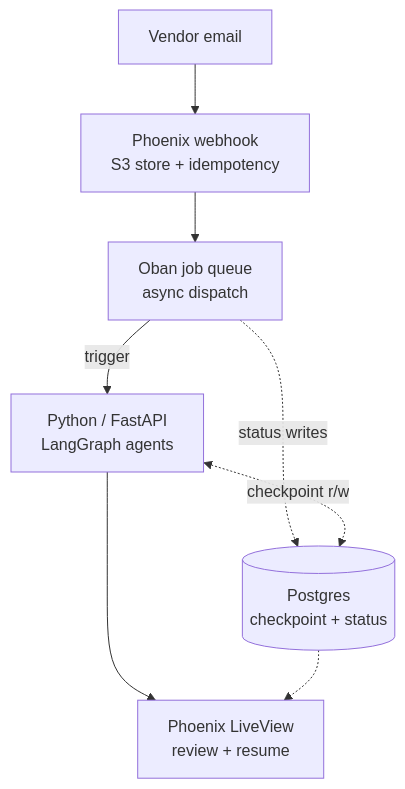
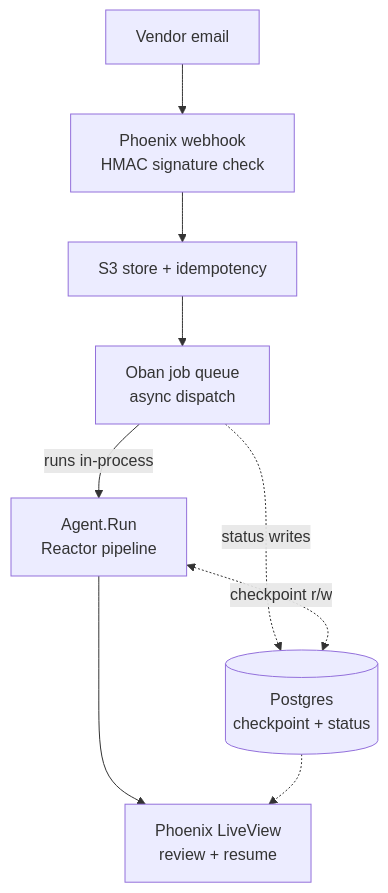
The first of 3 diagrams in README.md (divijjain/vendor_onboarding), drawn with Mermaid before and after one commit. The commit also changed other lines of this file and 226 other files, not shown here.

````diff
--- a/README.md
+++ b/README.md
@@ -15,10 +18,11 @@
 ```mermaid
 flowchart TD
-    A[Vendor email] --> B[Phoenix webhook<br/>S3 store + idempotency]
+    A[Vendor email] --> W[Phoenix webhook<br/>HMAC signature check]
+    W --> B[S3 store + idempotency]
     B --> C[Oban job queue<br/>async dispatch]
-    C -->|trigger| D[Python / FastAPI<br/>LangGraph agents]
+    C -->|runs in-process| D[Agent.Run<br/>Reactor pipeline]
     C -.->|status writes| E[(Postgres<br/>checkpoint + status)]
     D <-.->|checkpoint r/w| E
     D --> F[Phoenix LiveView<br/>review + resume]
     E -.-> F
 ```
````
